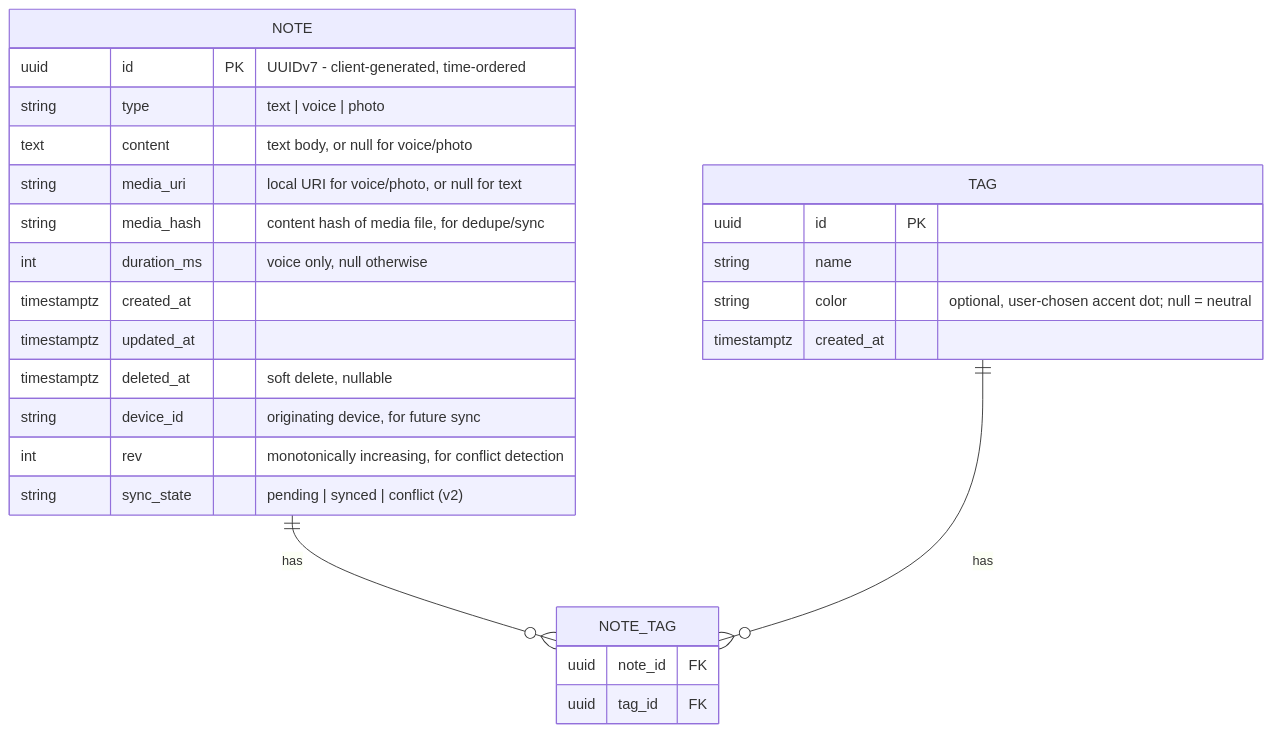
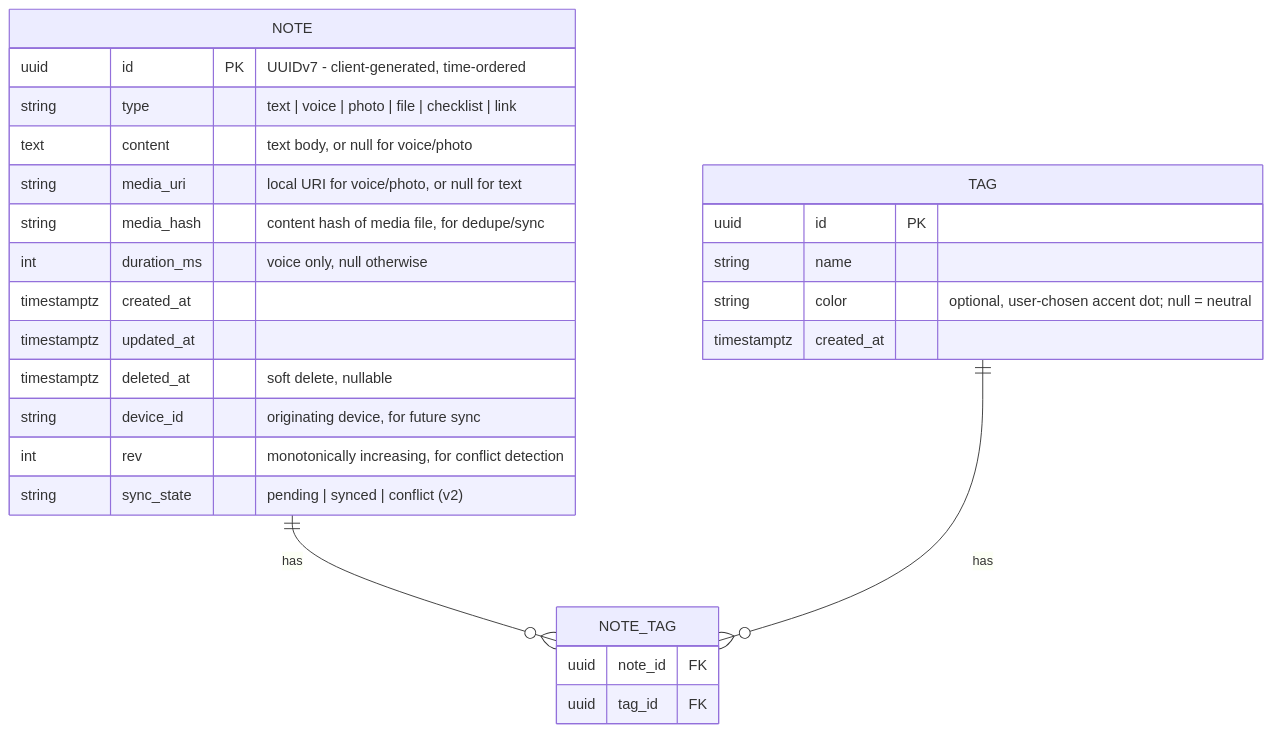
One commit to sanyzrn/DbsNex changed the second of 2 diagrams in docs/02-product-specification.md. Above: the diagram before and after it, drawn with Mermaid. The commit also changed other lines of this file and 9 other files, not shown here.

````diff
--- a/docs/02-product-specification.md
+++ b/docs/02-product-specification.md
@@ -269,29 +270,29 @@
 ```mermaid
 erDiagram
     NOTE ||--o{ NOTE_TAG : has
     TAG ||--o{ NOTE_TAG : has
     NOTE {
         uuid id PK "UUIDv7 - client-generated, time-ordered"
-        string type "text | voice | photo"
+        string type "text | voice | photo | file | checklist | link"
         text content "text body, or null for voice/photo"
         string media_uri "local URI for voice/photo, or null for text"
         string media_hash "content hash of media file, for dedupe/sync"
         int duration_ms "voice only, null otherwise"
         timestamptz created_at
         timestamptz updated_at
         timestamptz deleted_at "soft delete, nullable"
         string device_id "originating device, for future sync"
         int rev "monotonically increasing, for conflict detection"
         string sync_state "pending | synced | conflict (v2)"
     }
     TAG {
         uuid id PK
         string name
         string color "optional, user-chosen accent dot; null = neutral"
         timestamptz created_at
     }
     NOTE_TAG {
         uuid note_id FK
         uuid tag_id FK
     }
 ```
````
